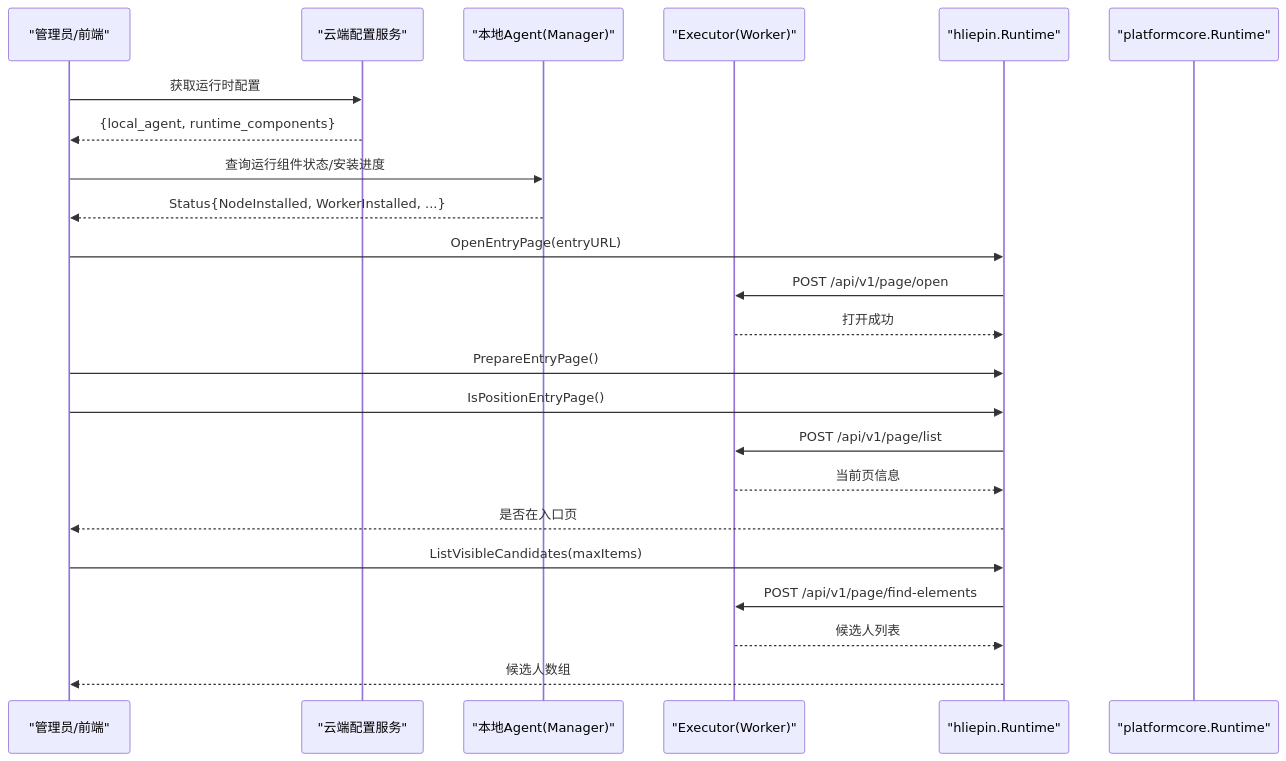
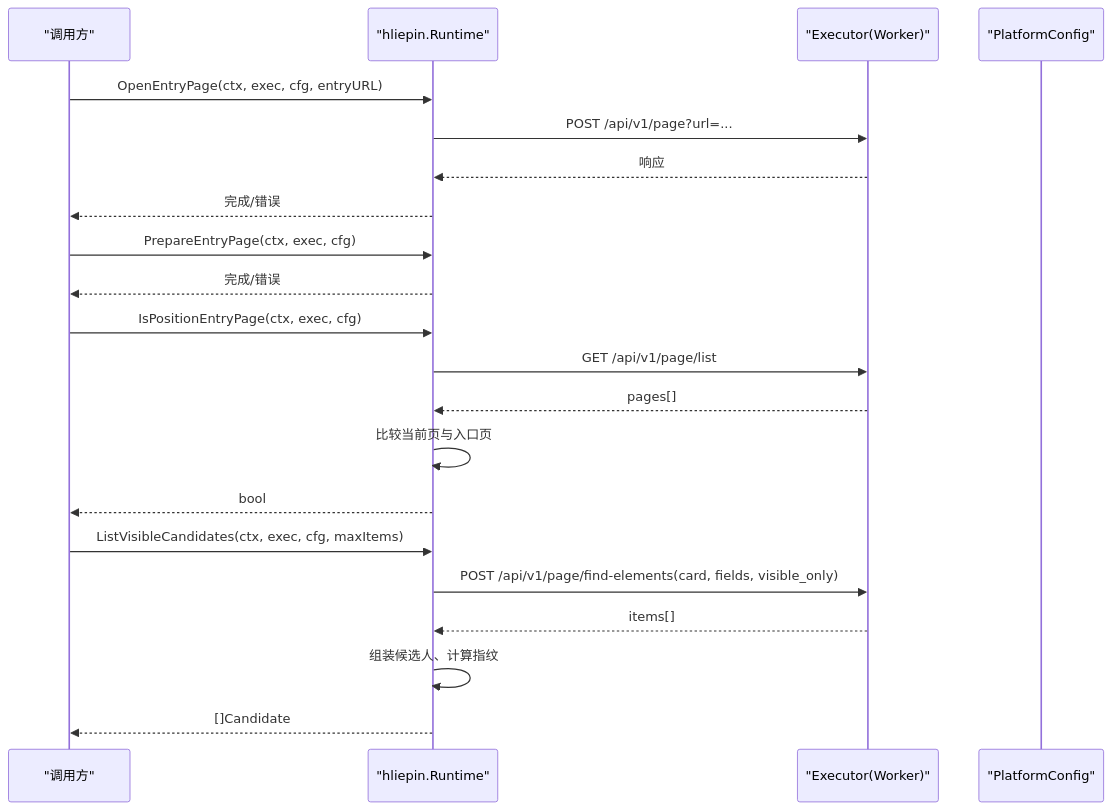
One commit to alvinwangzi/goodhr changed the second of 7 diagrams in .qoder/repowiki/zh/content/本地执行器/平台适配器/猎聘适配器/运行时管理.md. Above: the diagram before and after it, drawn with Mermaid. The commit also changed other lines of this file and 149 other files, not shown here.

````diff
--- a/.qoder/repowiki/zh/content/本地执行器/平台适配器/猎聘适配器/运行时管理.md
+++ b/.qoder/repowiki/zh/content/本地执行器/平台适配器/猎聘适配器/运行时管理.md
@@ -102,25 +95,23 @@
 ```mermaid
 sequenceDiagram
-participant Admin as "管理员/前端"
-participant Cloud as "云端配置服务"
-participant Local as "本地Agent(Manager)"
-participant Exec as "Executor(Worker)"
-participant HLP as "hliepin.Runtime"
-participant Core as "platformcore.Runtime"
-Admin->>Cloud : 获取运行时配置
-Cloud-->>Admin : {local_agent, runtime_components}
-Admin->>Local : 查询运行组件状态/安装进度
-Local-->>Admin : Status{NodeInstalled, WorkerInstalled, ...}
-Admin->>HLP : OpenEntryPage(entryURL)
-HLP->>Exec : POST /api/v1/page/open
-Exec-->>HLP : 打开成功
-Admin->>HLP : PrepareEntryPage()
-Admin->>HLP : IsPositionEntryPage()
-HLP->>Exec : POST /api/v1/page/list
-Exec-->>HLP : 当前页信息
-HLP-->>Admin : 是否在入口页
-Admin->>HLP : ListVisibleCandidates(maxItems)
-HLP->>Exec : POST /api/v1/page/find-elements
-Exec-->>HLP : 候选人列表
-HLP-->>Admin : 候选人数组
+participant Caller as "调用方"
+participant RT as "hliepin.Runtime"
+participant EX as "Executor(Worker)"
+participant CFG as "PlatformConfig"
+Caller->>RT : OpenEntryPage(ctx, exec, cfg, entryURL)
+RT->>EX : POST /api/v1/page?url=...
+EX-->>RT : 响应
+RT-->>Caller : 完成/错误
+Caller->>RT : PrepareEntryPage(ctx, exec, cfg)
+RT-->>Caller : 完成/错误
+Caller->>RT : IsPositionEntryPage(ctx, exec, cfg)
+RT->>EX : GET /api/v1/page/list
+EX-->>RT : pages[]
+RT->>RT : 比较当前页与入口页
+RT-->>Caller : bool
+Caller->>RT : ListVisibleCandidates(ctx, exec, cfg, maxItems)
+RT->>EX : POST /api/v1/page/find-elements(card, fields, visible_only)
+EX-->>RT : items[]
+RT->>RT : 组装候选人、计算指纹
+RT-->>Caller : []Candidate
 ```
````
